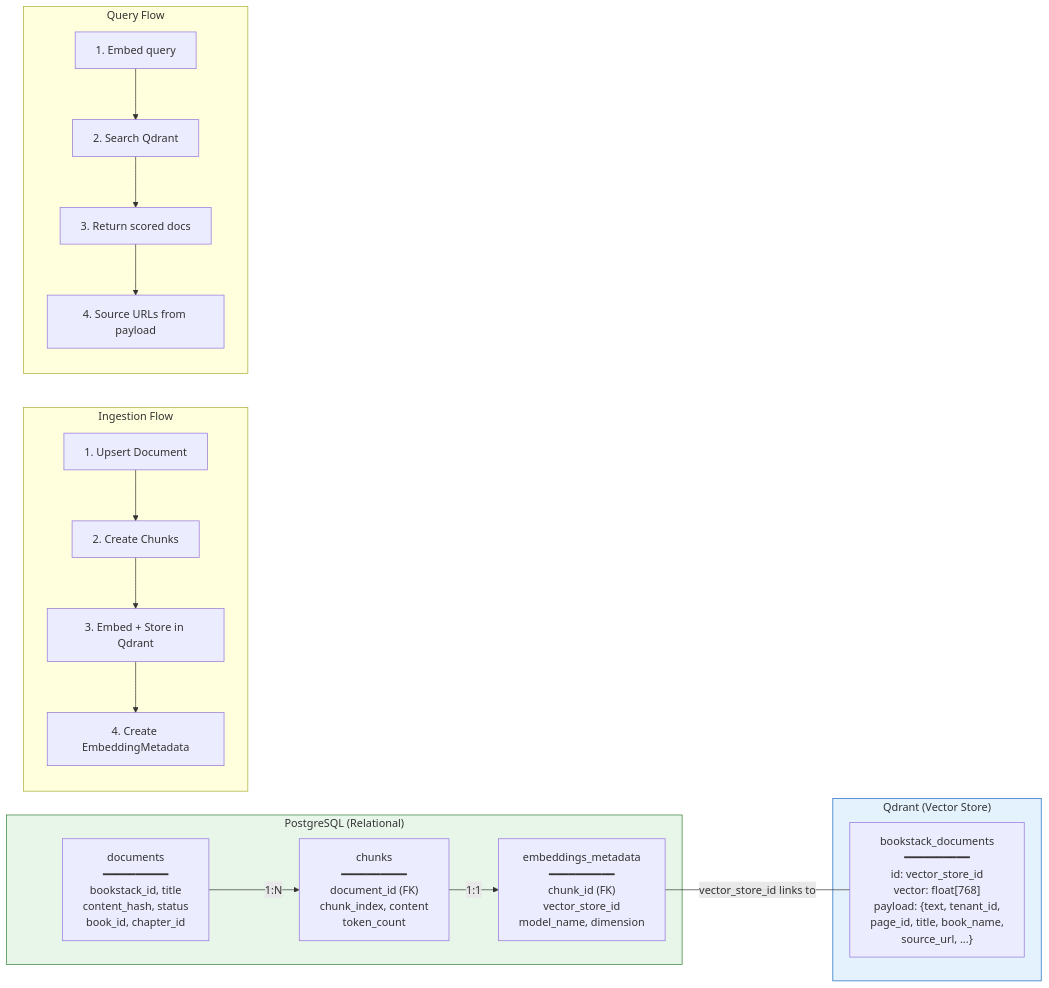
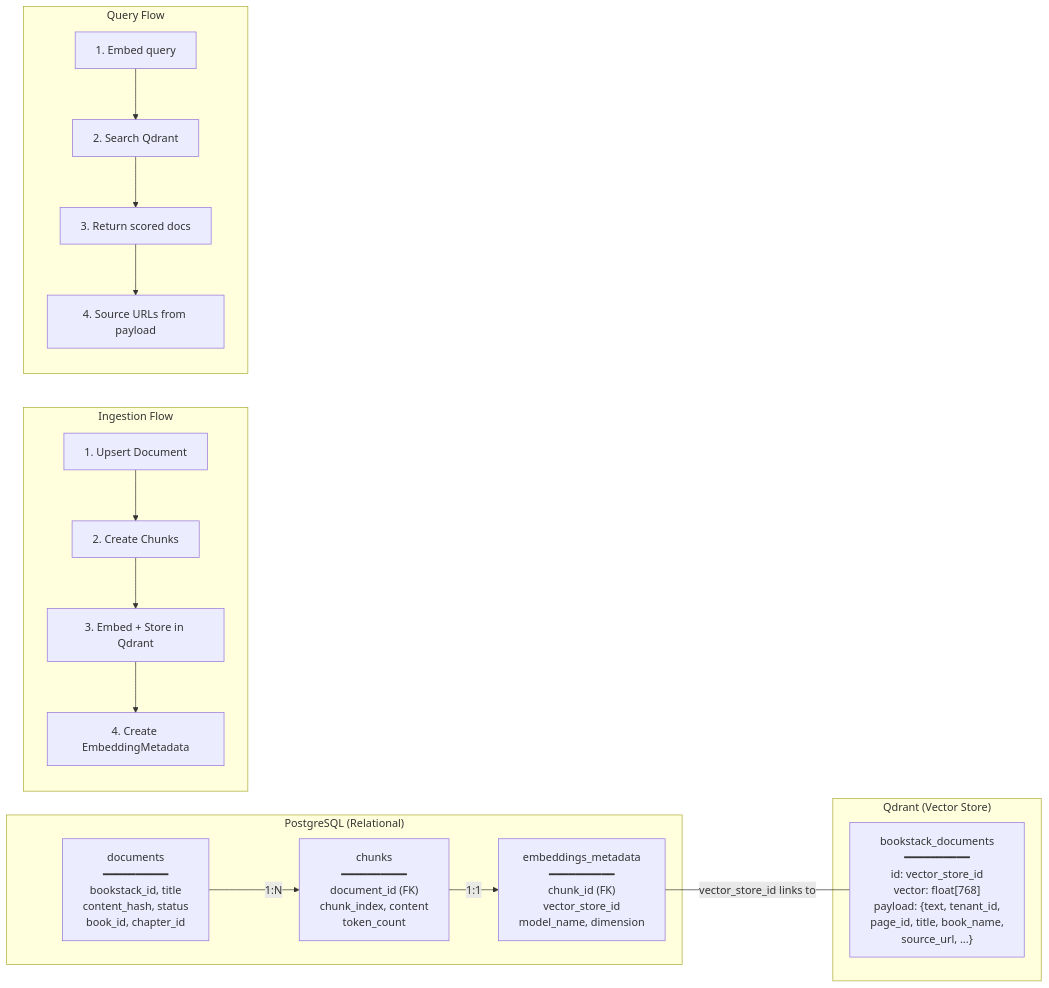
Before and after one commit to Jithendhar18/bookstack-rag-agent: the seventh of 10 diagrams in docs/architecture.md, drawn with Mermaid. The commit also changed other lines of this file, not shown here.

Commit message:
refactor: Clean up architecture diagrams by removing style definitions

````diff
--- a/docs/architecture.md
+++ b/docs/architecture.md
@@ -480,33 +451,30 @@
 ```mermaid
 graph LR
     subgraph PostgreSQL["PostgreSQL (Relational)"]
         DOC["documents<br/>━━━━━━━━━━<br/>bookstack_id, title<br/>content_hash, status<br/>book_id, chapter_id"]
         CHK["chunks<br/>━━━━━━━━━━<br/>document_id (FK)<br/>chunk_index, content<br/>token_count"]
         EMD["embeddings_metadata<br/>━━━━━━━━━━<br/>chunk_id (FK)<br/>vector_store_id<br/>model_name, dimension"]
     end
 
     subgraph Qdrant["Qdrant (Vector Store)"]
         COL["bookstack_documents<br/>━━━━━━━━━━<br/>id: vector_store_id<br/>vector: float[768]<br/>payload: {text, tenant_id,<br/>page_id, title, book_name,<br/>source_url, ...}"]
     end
 
     DOC -->|"1:N"| CHK
     CHK -->|"1:1"| EMD
     EMD ---|"vector_store_id links to"| COL
 
     subgraph Ingestion Flow
         direction TB
         I1["1. Upsert Document"] --> I2["2. Create Chunks"]
         I2 --> I3["3. Embed + Store in Qdrant"]
         I3 --> I4["4. Create EmbeddingMetadata"]
     end
 
     subgraph Query Flow
         direction TB
         Q1["1. Embed query"] --> Q2["2. Search Qdrant"]
         Q2 --> Q3["3. Return scored docs"]
         Q3 --> Q4["4. Source URLs from payload"]
     end
-
-    style PostgreSQL fill:#e8f5e9,stroke:#2e7d32
-    style Qdrant fill:#e3f2fd,stroke:#1565c0
 ```
````
